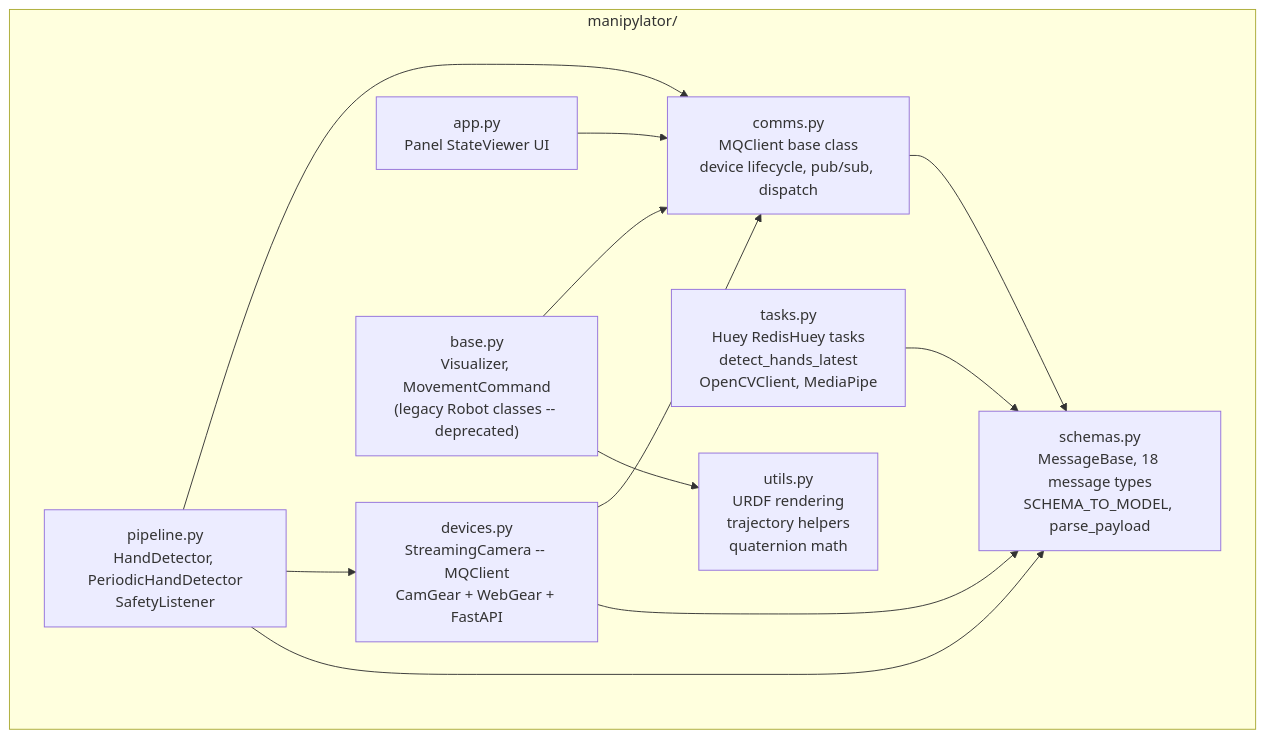
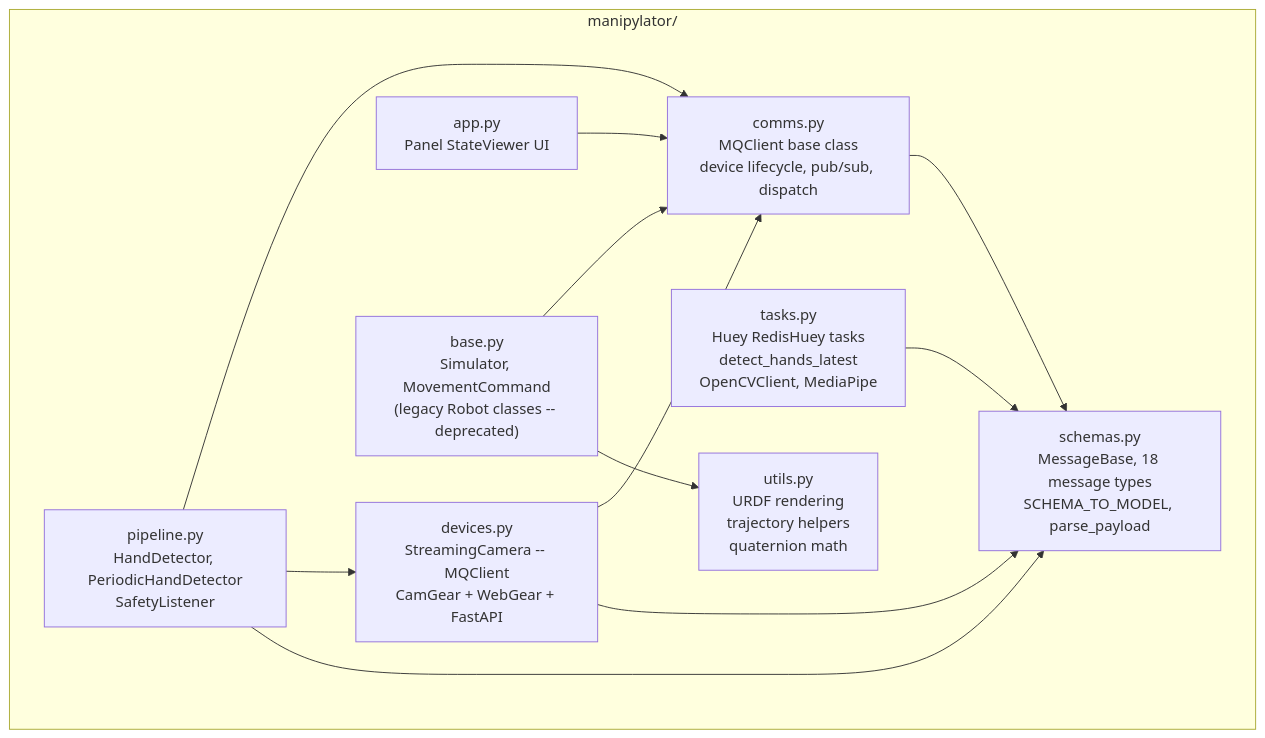
One commit to leogolds/ManiPylator changed the fifth of 6 diagrams in docs/ARCHITECTURE.md. Above: the diagram before and after it, drawn with Mermaid. The commit also changed other lines of this file and 12 other files, not shown here.

````diff
--- a/docs/ARCHITECTURE.md
+++ b/docs/ARCHITECTURE.md
@@ -303,24 +304,24 @@
 ```mermaid
 graph TD
     subgraph manipylator_pkg ["manipylator/"]
         Schemas["schemas.py<br/>MessageBase, 18 message types<br/>SCHEMA_TO_MODEL, parse_payload"]
         Comms["comms.py<br/>MQClient base class<br/>device lifecycle, pub/sub, dispatch"]
         Devices["devices.py<br/>StreamingCamera -- MQClient<br/>CamGear + WebGear + FastAPI"]
         PipelineMod["pipeline.py<br/>HandDetector, PeriodicHandDetector<br/>SafetyListener"]
         Tasks["tasks.py<br/>Huey RedisHuey tasks<br/>detect_hands_latest<br/>OpenCVClient, MediaPipe"]
         App["app.py<br/>Panel StateViewer UI"]
         Utils["utils.py<br/>URDF rendering<br/>trajectory helpers<br/>quaternion math"]
-        Base["base.py<br/>Visualizer, MovementCommand<br/>(legacy Robot classes -- deprecated)"]
+        Base["base.py<br/>Simulator, MovementCommand<br/>(legacy Robot classes -- deprecated)"]
     end
 
     Comms --> Schemas
     Devices --> Comms
     Devices --> Schemas
     PipelineMod --> Comms
     PipelineMod --> Devices
     PipelineMod --> Schemas
     Tasks --> Schemas
     App --> Comms
     Base --> Comms
     Base --> Utils
 ```
````
